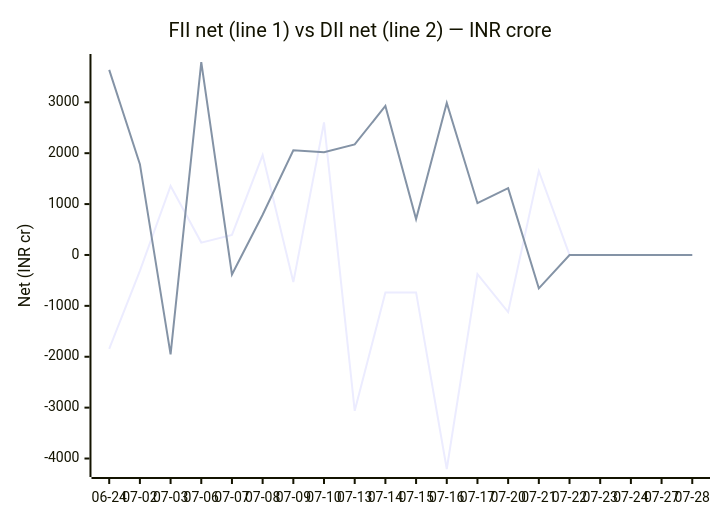
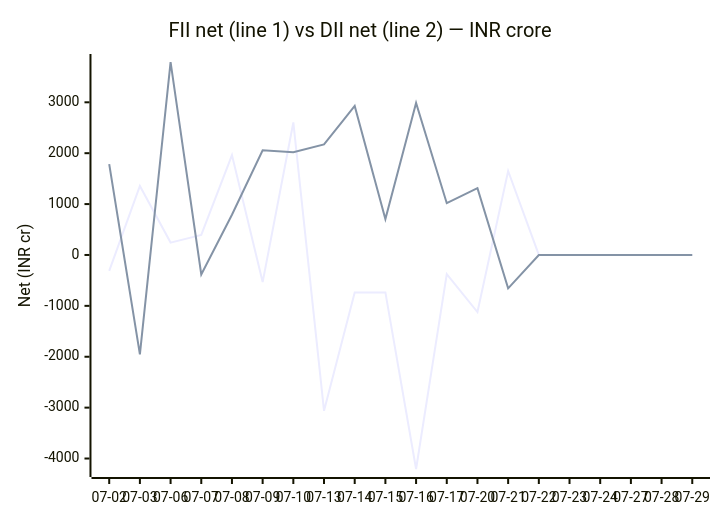
Before and after one commit to chirag127/fii-dii-activity-api: the diagram in README.md, drawn with Mermaid. The commit also changed 2 other files, not shown here.

Commit message:
data: scrape 2026-07-29

````diff
--- a/README.md
+++ b/README.md
@@ -25,8 +25,8 @@
 ```mermaid
 xychart-beta
     title "FII net (line 1) vs DII net (line 2) — INR crore"
-    x-axis ["06-24", "07-02", "07-03", "07-06", "07-07", "07-08", "07-09", "07-10", "07-13", "07-14", "07-15", "07-16", "07-17", "07-20", "07-21", "07-22", "07-23", "07-24", "07-27", "07-28"]
+    x-axis ["07-02", "07-03", "07-06", "07-07", "07-08", "07-09", "07-10", "07-13", "07-14", "07-15", "07-16", "07-17", "07-20", "07-21", "07-22", "07-23", "07-24", "07-27", "07-28", "07-29"]
     y-axis "Net (INR cr)" -4206 --> 3792
-    line [-1843.4, -311.82, 1355.33, 243.03, 393.19, 1962.8, -532.86, 2603.72, -3062.27, -739.69, -735.83, -4205.56, -376.41, -1121.04, 1650.16, 0, 0, 0, 0, 0]
-    line [3637.26, 1784.4, -1953.89, 3791.42, -383.43, 790.16, 2057.79, 2019.68, 2171.7, 2927.71, 704.93, 2986.41, 1017.89, 1312.03, -656.88, 0, 0, 0, 0, 0]
+    line [-311.82, 1355.33, 243.03, 393.19, 1962.8, -532.86, 2603.72, -3062.27, -739.69, -735.83, -4205.56, -376.41, -1121.04, 1650.16, 0, 0, 0, 0, 0, 0]
+    line [1784.4, -1953.89, 3791.42, -383.43, 790.16, 2057.79, 2019.68, 2171.7, 2927.71, 704.93, 2986.41, 1017.89, 1312.03, -656.88, 0, 0, 0, 0, 0, 0]
 ```
````
